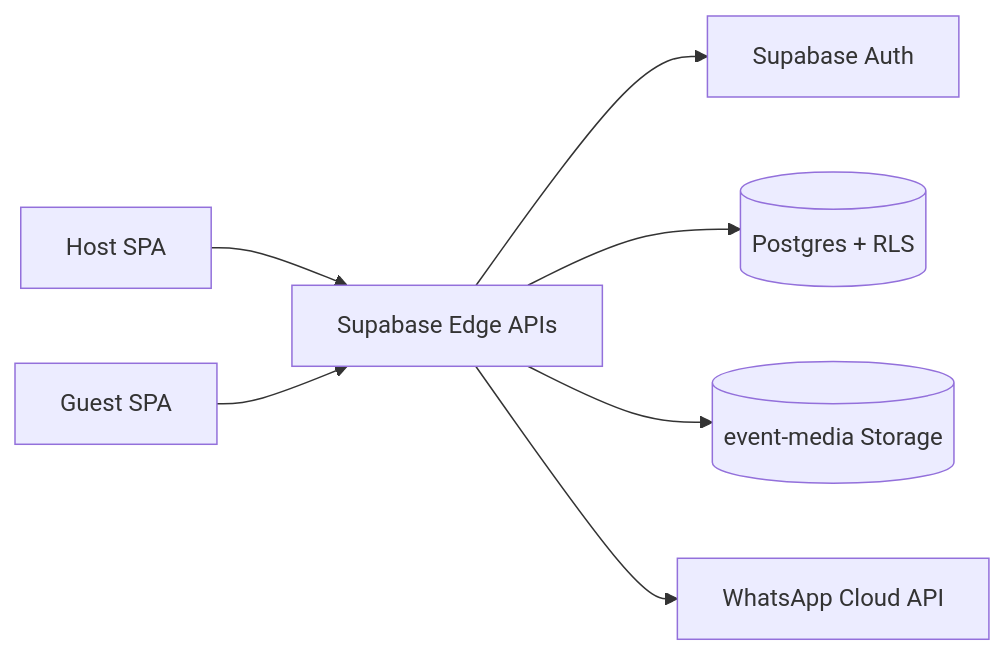
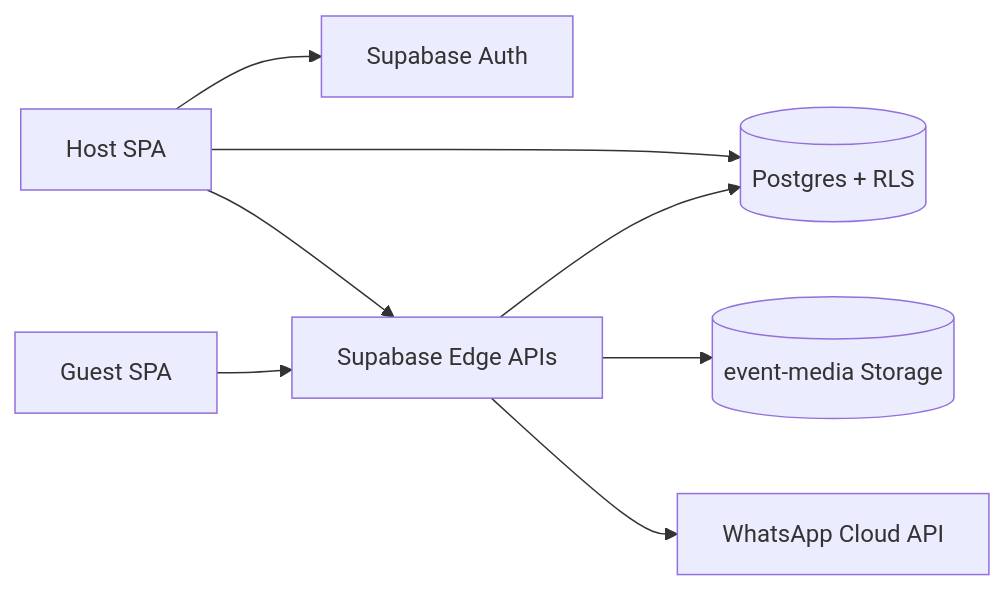
The diagram in README.md (starumesh/invana), drawn with Mermaid before and after one commit. The commit also changed other lines of this file and 3 other files, not shown here.

````diff
--- a/README.md
+++ b/README.md
@@ -96,9 +124,10 @@
 ```mermaid
 flowchart LR
-  Host[Host SPA] --> Edge[Supabase Edge APIs]
+  Host[Host SPA] --> Auth[Supabase Auth]
+  Host --> DB[(Postgres + RLS)]
+  Host --> Edge[Supabase Edge APIs]
   Guest[Guest SPA] --> Edge
-  Edge --> Auth[Supabase Auth]
-  Edge --> DB[(Postgres + RLS)]
+  Edge --> DB
   Edge --> Storage[(event-media Storage)]
   Edge --> WhatsApp[WhatsApp Cloud API]
 ```
````
